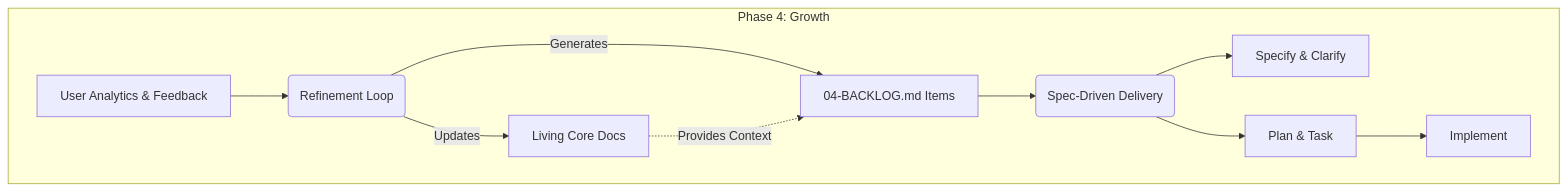
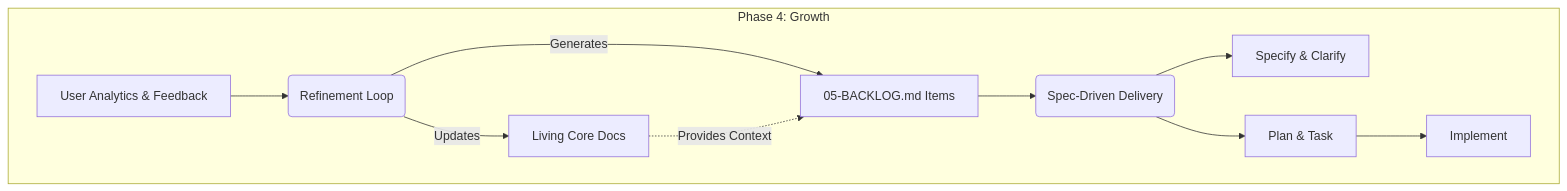
One commit to billdingwall/zero-two-one changed the second of 2 diagrams in .021-updates/workflow-audit.md. Above: the diagram before and after it, drawn with Mermaid. The commit also changed other lines of this file and 31 other files, not shown here.

````diff
--- a/.021-updates/workflow-audit.md
+++ b/.021-updates/workflow-audit.md
@@ -79,15 +79,15 @@
 ```mermaid
 graph TD
     subgraph Phase 4: Growth
         A[User Analytics & Feedback] --> B(Refinement Loop)
         B -->|Updates| D[Living Core Docs]
-        B -->|Generates| C[04-BACKLOG.md Items]
+        B -->|Generates| C[05-BACKLOG.md Items]
         
         D -.->|Provides Context| C
         
         C --> E(Spec-Driven Delivery)
         E --> F[Specify & Clarify]
         E --> G[Plan & Task]
         G --> H[Implement]
     end
 ```
````
